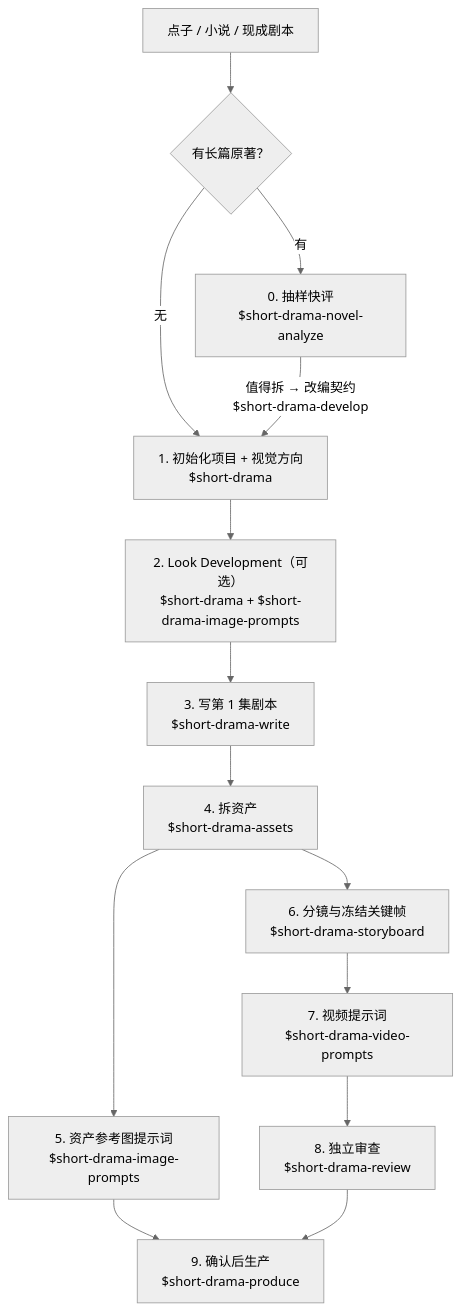
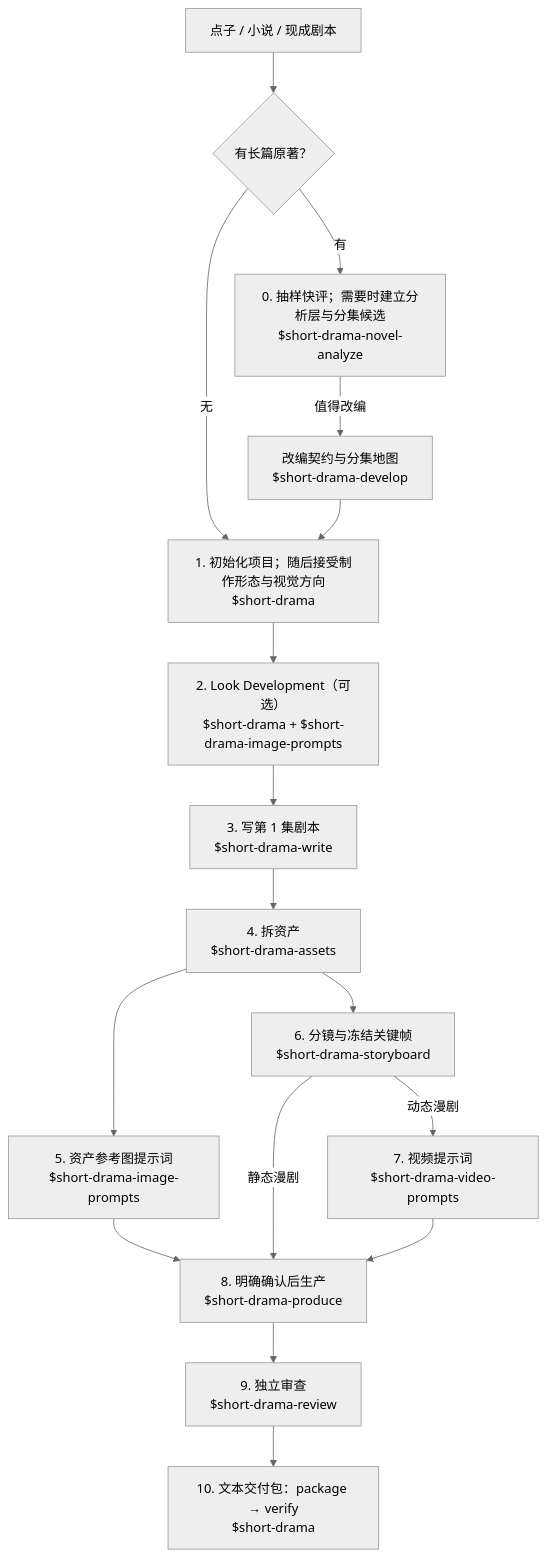
One commit to fxbin/drama-skills changed the diagram in docs/comic-drama-workflow.md. Above: the diagram before and after it, drawn with Mermaid (neutral theme). The commit also changed other lines of this file and 5 other files, not shown here.

````diff
--- a/docs/comic-drama-workflow.md
+++ b/docs/comic-drama-workflow.md
@@ -13,16 +13,19 @@
 ```mermaid
 flowchart TD
     idea["点子 / 小说 / 现成剧本"] --> p0{"有长篇原著？"}
-    p0 -- 有 --> nva["0. 抽样快评<br/>$short-drama-novel-analyze"]
+    p0 -- 有 --> nva["0. 抽样快评；需要时建立分析层与分集候选<br/>$short-drama-novel-analyze"]
     p0 -- 无 --> init
-    nva -->|"值得拆 → 改编契约<br/>$short-drama-develop"| init["1. 初始化项目 + 视觉方向<br/>$short-drama"]
+    nva -->|"值得改编"| dev["改编契约与分集地图<br/>$short-drama-develop"]
+    dev --> init["1. 初始化项目；随后接受制作形态与视觉方向<br/>$short-drama"]
     init --> look["2. Look Development（可选）<br/>$short-drama + $short-drama-image-prompts"]
     look --> write["3. 写第 1 集剧本<br/>$short-drama-write"]
     write --> assets["4. 拆资产<br/>$short-drama-assets"]
     assets --> img["5. 资产参考图提示词<br/>$short-drama-image-prompts"]
     assets --> sb["6. 分镜与冻结关键帧<br/>$short-drama-storyboard"]
+    sb -->|"动态漫剧"| vid["7. 视频提示词<br/>$short-drama-video-prompts"]
     img --> prod
-    sb --> vid["7. 视频提示词<br/>$short-drama-video-prompts"]
-    vid --> rev["8. 独立审查<br/>$short-drama-review"]
-    rev --> prod["9. 确认后生产<br/>$short-drama-produce"]
+    sb -->|"静态漫剧"| prod
+    vid --> prod["8. 明确确认后生产<br/>$short-drama-produce"]
+    prod --> rev["9. 独立审查<br/>$short-drama-review"]
+    rev --> pkg["10. 文本交付包：package → verify<br/>$short-drama"]
 ```
````
